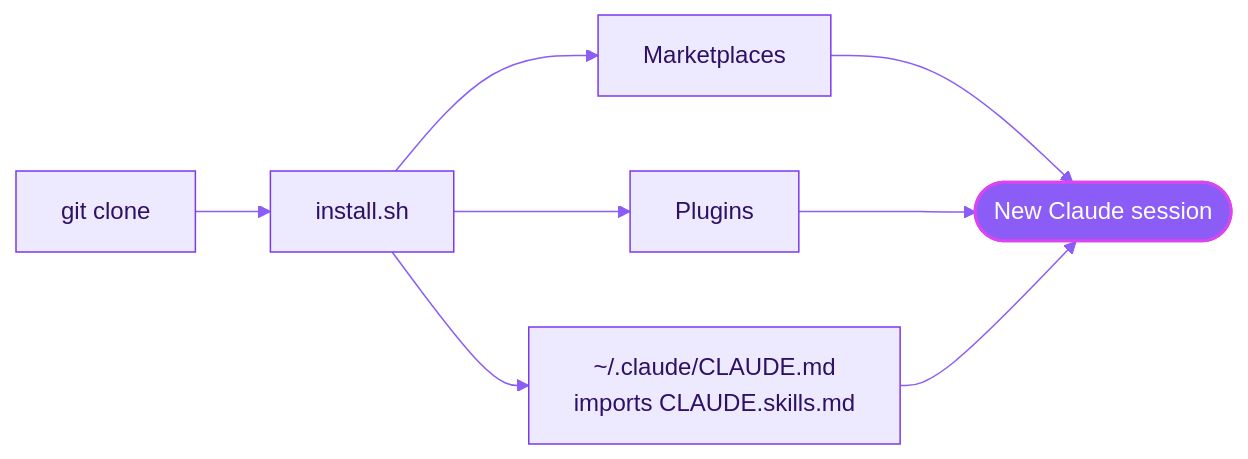
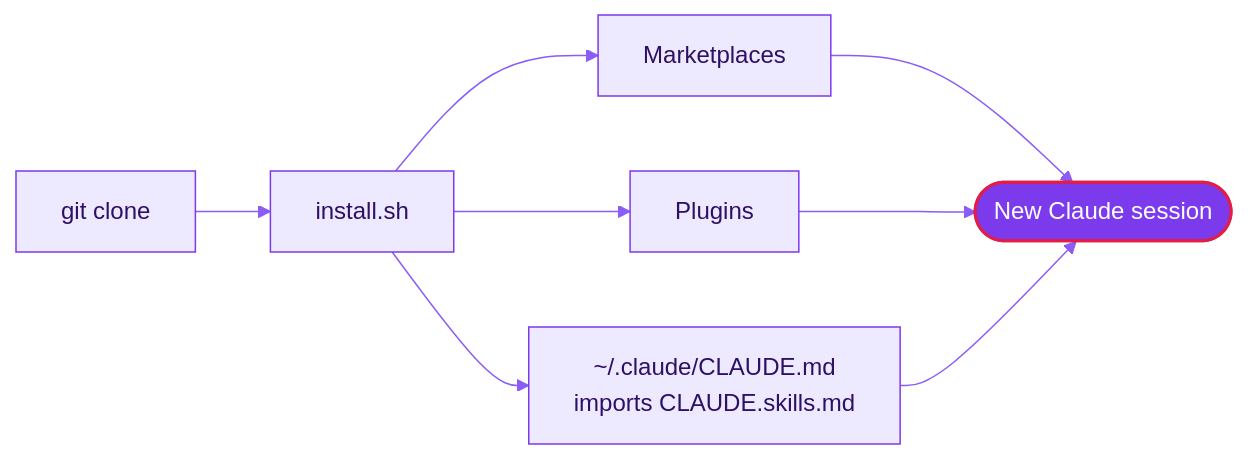
The diagram in README.md (droneey/aikit), drawn with Mermaid before and after one commit. The commit also changed other lines of this file and 6 other files, not shown here.

````diff
--- a/README.md
+++ b/README.md
@@ -36,11 +36,11 @@
 ```mermaid
 %%{init: {"theme": "base", "themeVariables": {"primaryColor": "#EDE9FE", "primaryBorderColor": "#7C3AED", "primaryTextColor": "#2E1065", "lineColor": "#8B5CF6"}}}%%
 flowchart LR
   clone["git clone"] --> install["install.sh"]
   install --> marketplaces["Marketplaces"]
   install --> plugins["Plugins"]
   install --> memory["~/.claude/CLAUDE.md<br/>imports CLAUDE.skills.md"]
   marketplaces & plugins & memory --> session(["New Claude session"])
-  classDef accent fill:#8B5CF6,stroke:#D946EF,stroke-width:2px,color:#FFFFFF
+  classDef accent fill:#7C3AED,stroke:#E11D48,stroke-width:2px,color:#FFFFFF
   class session accent
 ```
````
